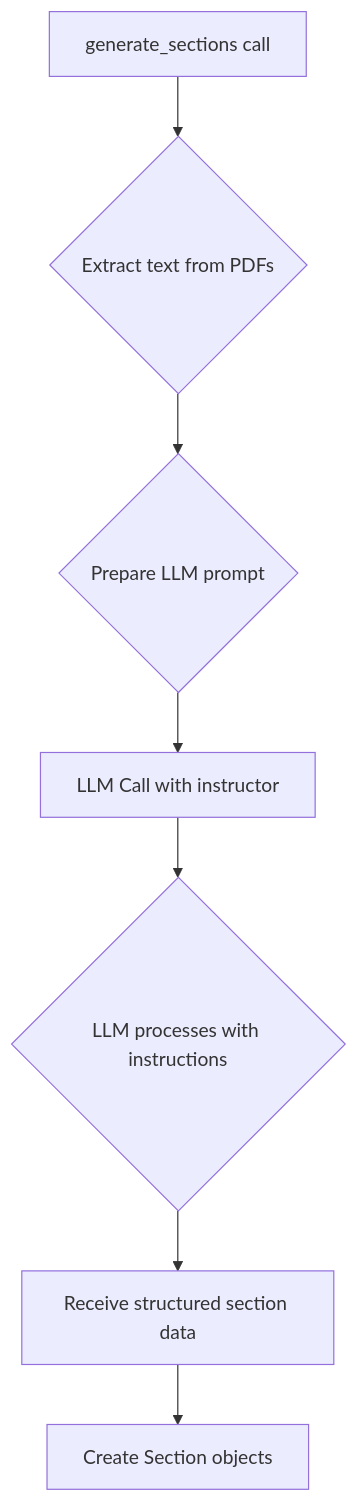
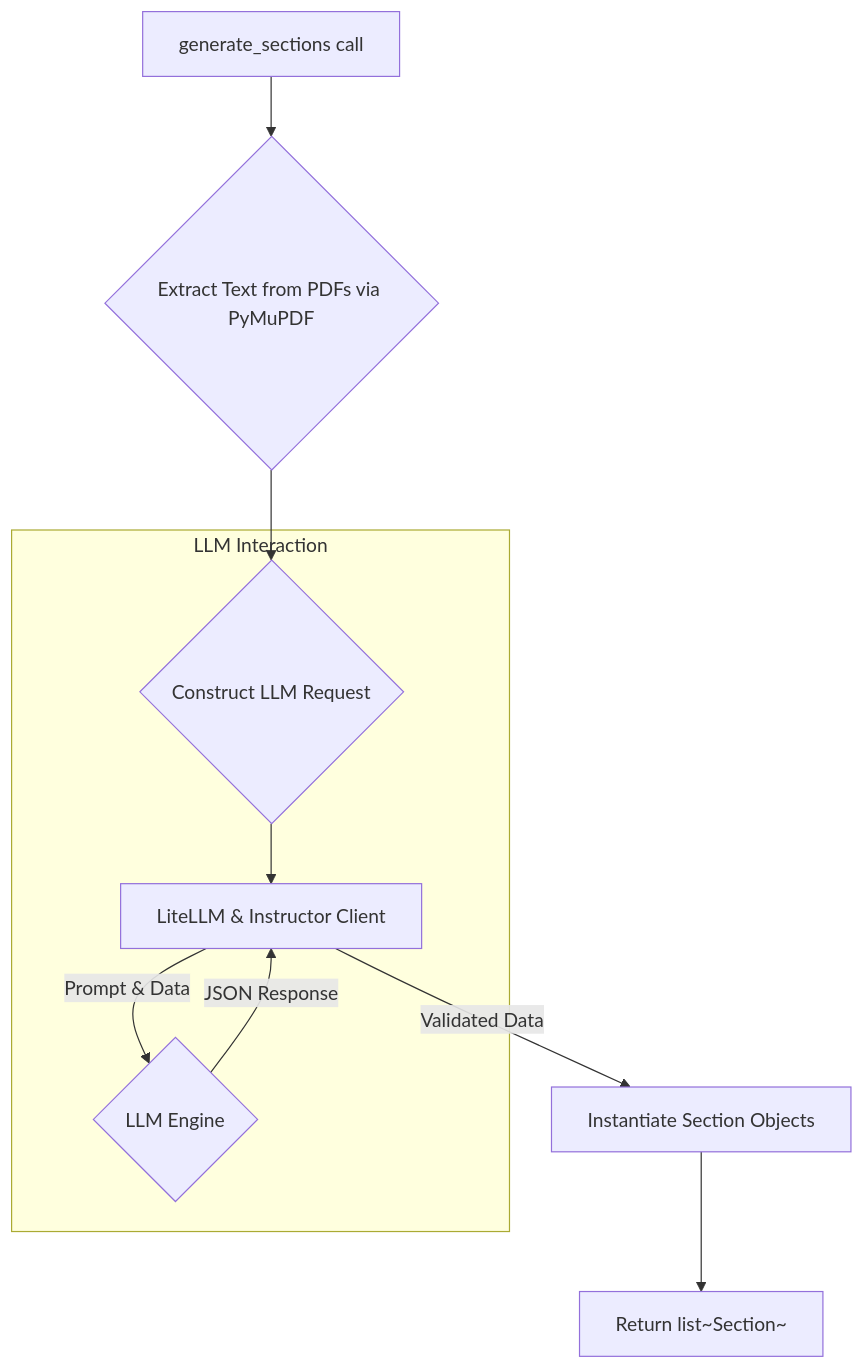
Before and after one commit to mdonmez/moves: the diagram in docs/about/section-approach.md, drawn with Mermaid. The commit also changed other lines of this file and 10 other files, not shown here.

````diff
--- a/docs/about/section-approach.md
+++ b/docs/about/section-approach.md
@@ -22,9 +28,12 @@
 ```mermaid
 graph TD
-    A[generate_sections call] --> B{Extract text from PDFs};
-    B --> C{Prepare LLM prompt};
-    C --> D[LLM Call with instructor];
-    D --> E{LLM processes with instructions};
-    E --> F[Receive structured section data];
-    F --> G[Create Section objects];
+    A[generate_sections call] --> B{Extract Text from PDFs via PyMuPDF};
+    B --> C{Construct LLM Request};
+    subgraph LLM Interaction
+        C --> D[LiteLLM & Instructor Client];
+        D -- Prompt & Data --> E{LLM Engine};
+        E -- JSON Response --> D;
+    end
+    D -- Validated Data --> F[Instantiate Section Objects];
+    F --> G[Return list~Section~];
 ```
````
